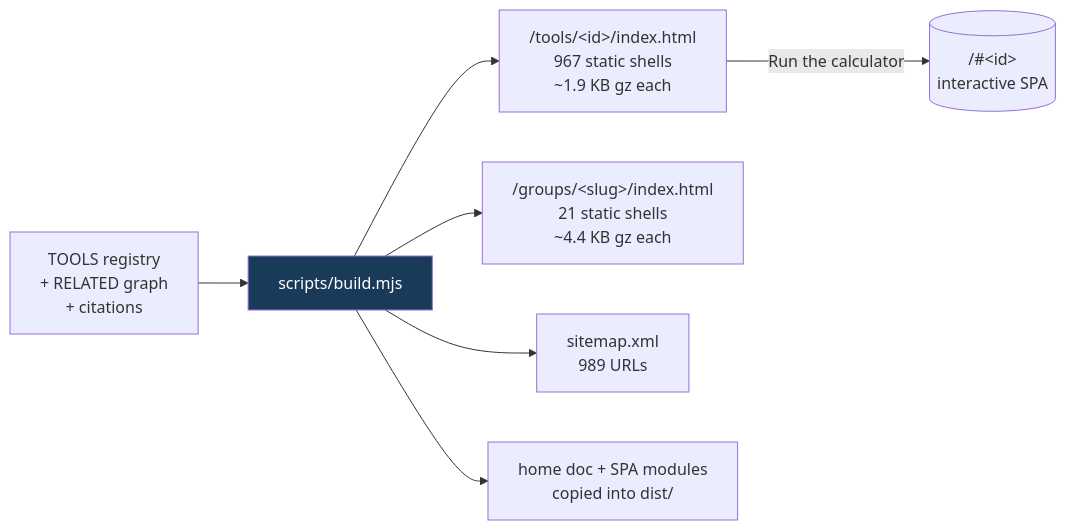
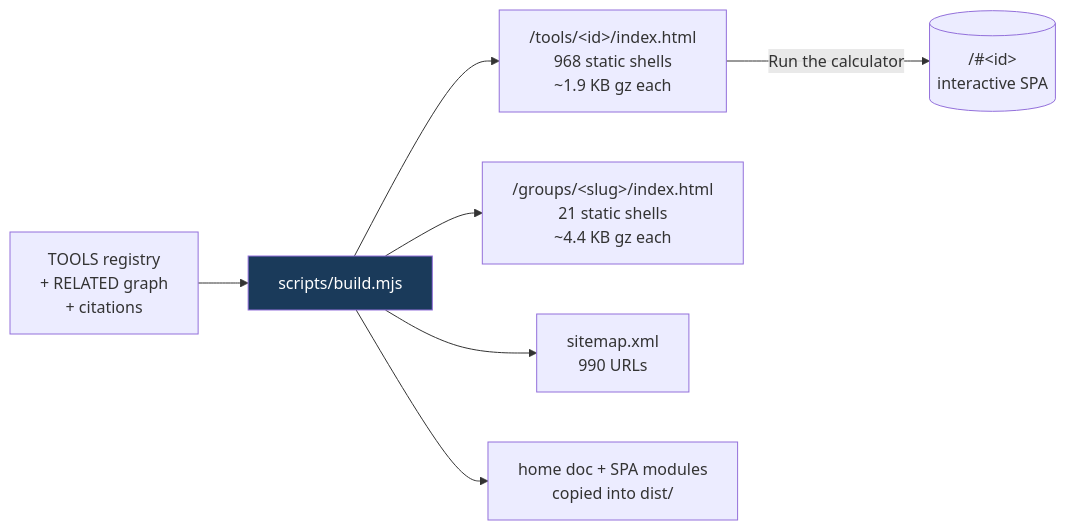
Before and after one commit to clay-good/roughlogic.com: the fifth of 8 diagrams in README.md, drawn with Mermaid. The commit also changed other lines of this file and 12 other files, not shown here.

````diff
--- a/README.md
+++ b/README.md
@@ -495,10 +495,10 @@
 ```mermaid
 flowchart LR
     SRC[TOOLS registry\n+ RELATED graph\n+ citations] --> BUILD[scripts/build.mjs]
-    BUILD --> TILE["/tools/&lt;id&gt;/index.html\n967 static shells\n~1.9 KB gz each"]
+    BUILD --> TILE["/tools/&lt;id&gt;/index.html\n968 static shells\n~1.9 KB gz each"]
     BUILD --> GROUP["/groups/&lt;slug&gt;/index.html\n21 static shells\n~4.4 KB gz each"]
-    BUILD --> MAP["sitemap.xml\n989 URLs"]
+    BUILD --> MAP["sitemap.xml\n990 URLs"]
     BUILD --> COPY[home doc + SPA modules\ncopied into dist/]
     TILE -->|Run the calculator| SPA[("/#&lt;id&gt;\ninteractive SPA")]
     style BUILD fill:#1a3a5a,color:#fff
 ```
````
